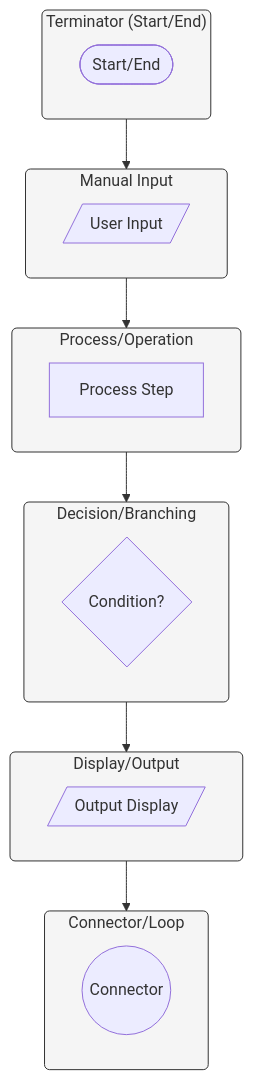
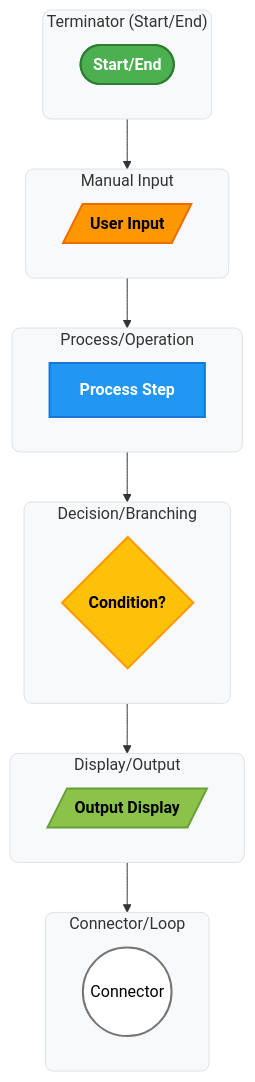
Before and after one commit to juswamacbook/CISC121_Final_Project: the first of 2 diagrams in README.md, drawn with Mermaid. The commit also changed other lines of this file, not shown here.

````diff
--- a/README.md
+++ b/README.md
@@ -64,31 +66,45 @@
 ```mermaid
 flowchart TD
     subgraph A["Terminator (Start/End)"]
         A1([Start/End])
     end
     
     subgraph B["Manual Input"]
         B1[/User Input/]
     end
     
     subgraph C["Process/Operation"]
         C1[Process Step]
     end
     
     subgraph D["Decision/Branching"]
         D1{Condition?}
     end
     
     subgraph E["Display/Output"]
         E1[/Output Display/]
     end
     
     subgraph F["Connector/Loop"]
         F1((Connector))
     end
     
     A --> B --> C --> D --> E --> F
     
-    classDef keyBox fill:#f5f5f5,stroke:#333,stroke-width:1px,rx:5px,ry:5px
+    %% Improved styling with better contrast
+    classDef terminator fill:#4CAF50,stroke:#2E7D32,stroke-width:2px,color:#ffffff,font-weight:bold
+    classDef input fill:#FF9800,stroke:#EF6C00,stroke-width:2px,color:#000000,font-weight:bold
+    classDef process fill:#2196F3,stroke:#1976D2,stroke-width:2px,color:#ffffff,font-weight:bold
+    classDef decision fill:#FFC107,stroke:#FF9800,stroke-width:2px,color:#000000,font-weight:bold
+    classDef display fill:#8BC34A,stroke:#689F38,stroke-width:2px,color:#000000,font-weight:bold
+    classDef connector fill:#FFFFFF,stroke:#757575,stroke-width:2px,color:#000000
+    classDef keyBox fill:#f8f9fa,stroke:#dee2e6,stroke-width:1px,rx:8,ry:8
+    
+    class A1 terminator
+    class B1 input
+    class C1 process
+    class D1 decision
+    class E1 display
+    class F1 connector
     class A,B,C,D,E,F keyBox
 ```
````
